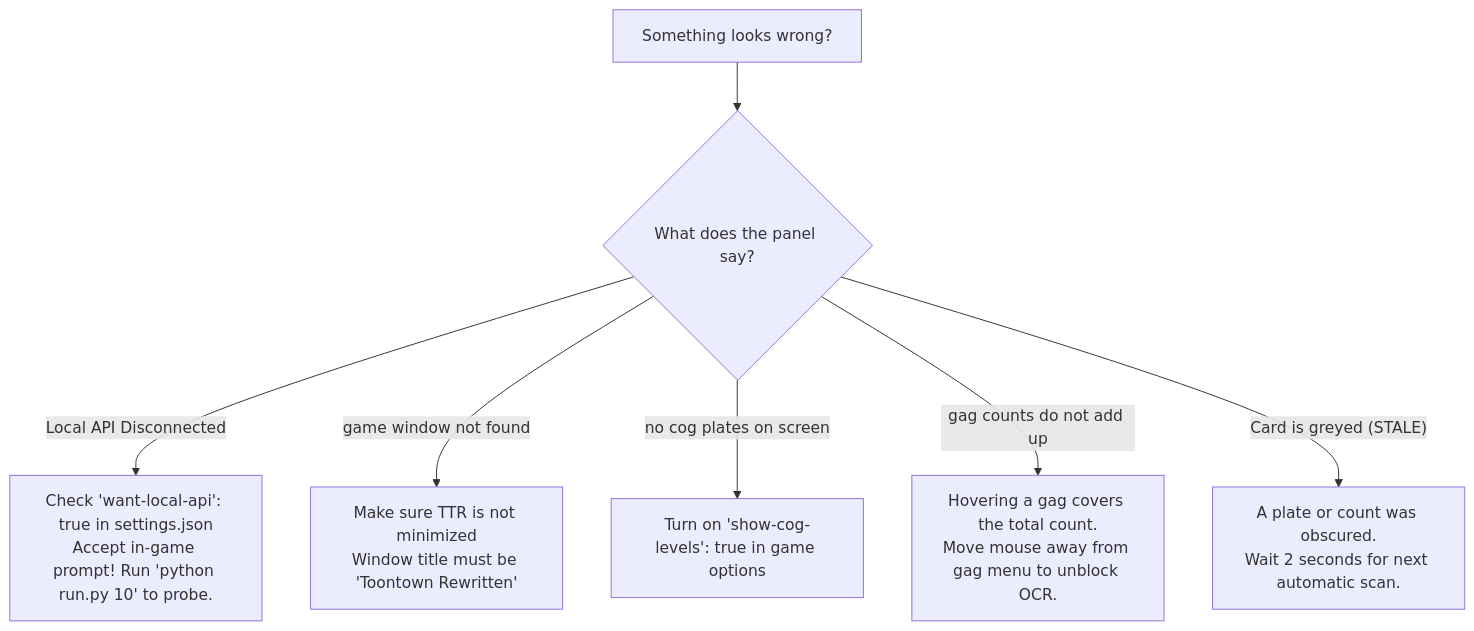
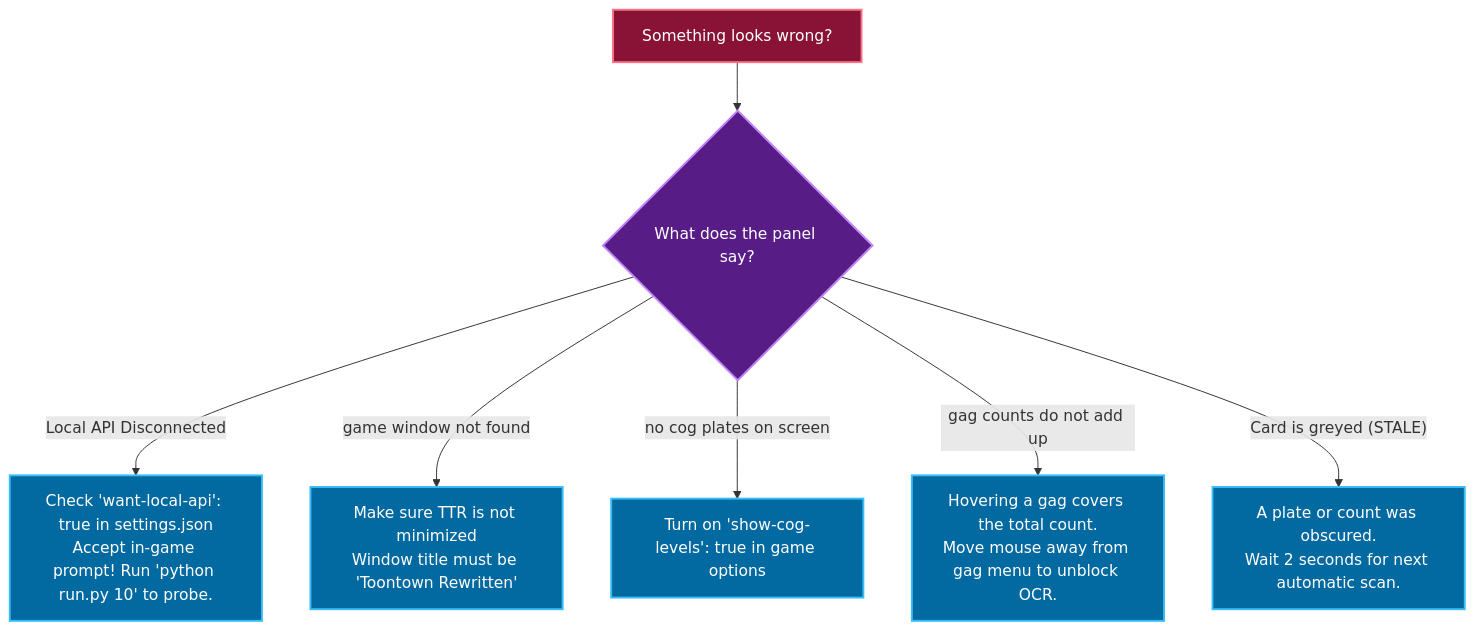
One commit to Angle-Brackets/TTRSolver changed the fifth of 5 diagrams in docs/user-guide.md. Above: the diagram before and after it, drawn with Mermaid. The commit also changed other lines of this file and 9 other files, not shown here.

Commit message:
docs: color-code all Mermaid diagrams with distinct visual themes

````diff
--- a/docs/user-guide.md
+++ b/docs/user-guide.md
@@ -344,10 +388,18 @@
 ```mermaid
 flowchart TD
+    classDef issueNode fill:#881337,stroke:#fb7185,stroke-width:2px,color:#ffffff
+    classDef checkNode fill:#581c87,stroke:#c084fc,stroke-width:2px,color:#ffffff
+    classDef solNode fill:#0369a1,stroke:#38bdf8,stroke-width:2px,color:#ffffff
+
     Issue["Something looks wrong?"] --> Q1{"What does the panel say?"}
     
     Q1 -->|"Local API Disconnected"| A1["Check 'want-local-api': true in settings.json<br/>Accept in-game prompt! Run 'python run.py 10' to probe."]
     Q1 -->|"game window not found"| A2["Make sure TTR is not minimized<br/>Window title must be 'Toontown Rewritten'"]
     Q1 -->|"no cog plates on screen"| A3["Turn on 'show-cog-levels': true in game options"]
     Q1 -->|"gag counts do not add up"| A4["Hovering a gag covers the total count.<br/>Move mouse away from gag menu to unblock OCR."]
     Q1 -->|"Card is greyed (STALE)"| A5["A plate or count was obscured.<br/>Wait 2 seconds for next automatic scan."]
+
+    class Issue issueNode
+    class Q1 checkNode
+    class A1,A2,A3,A4,A5 solNode
 ```
````
